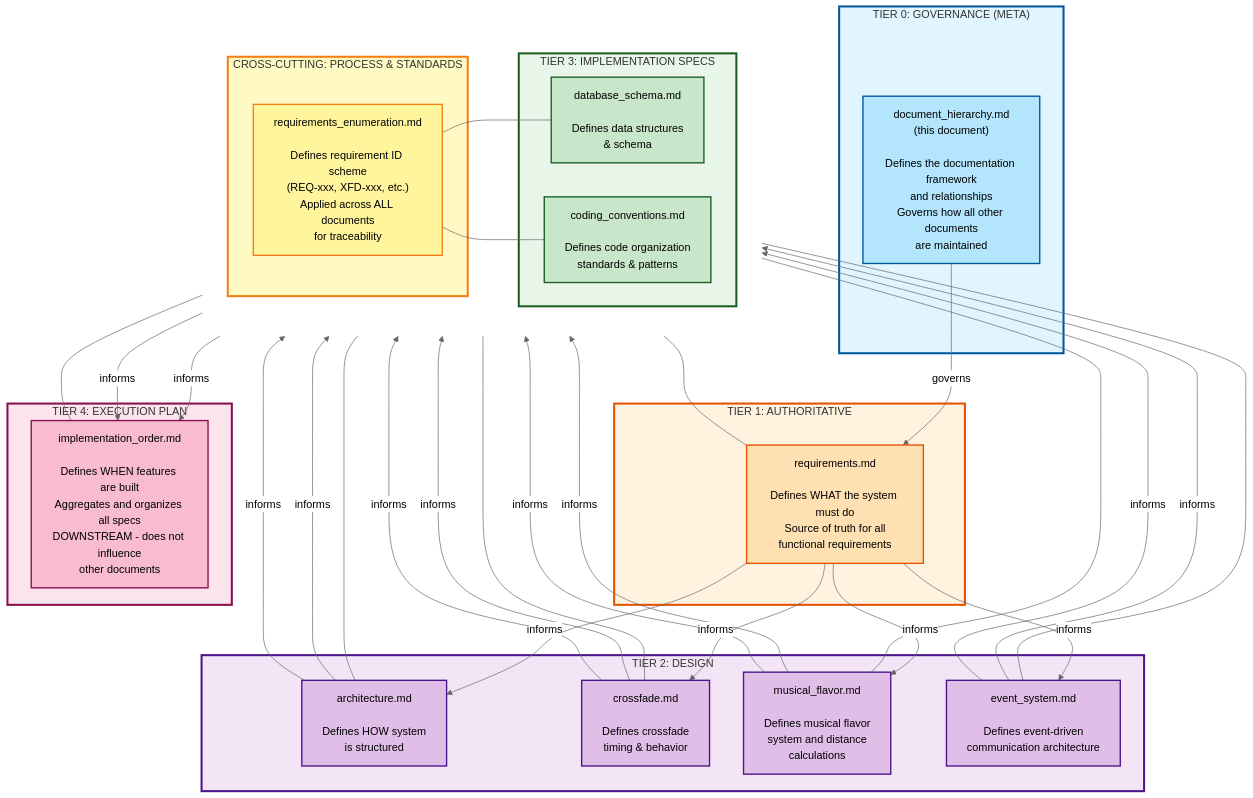
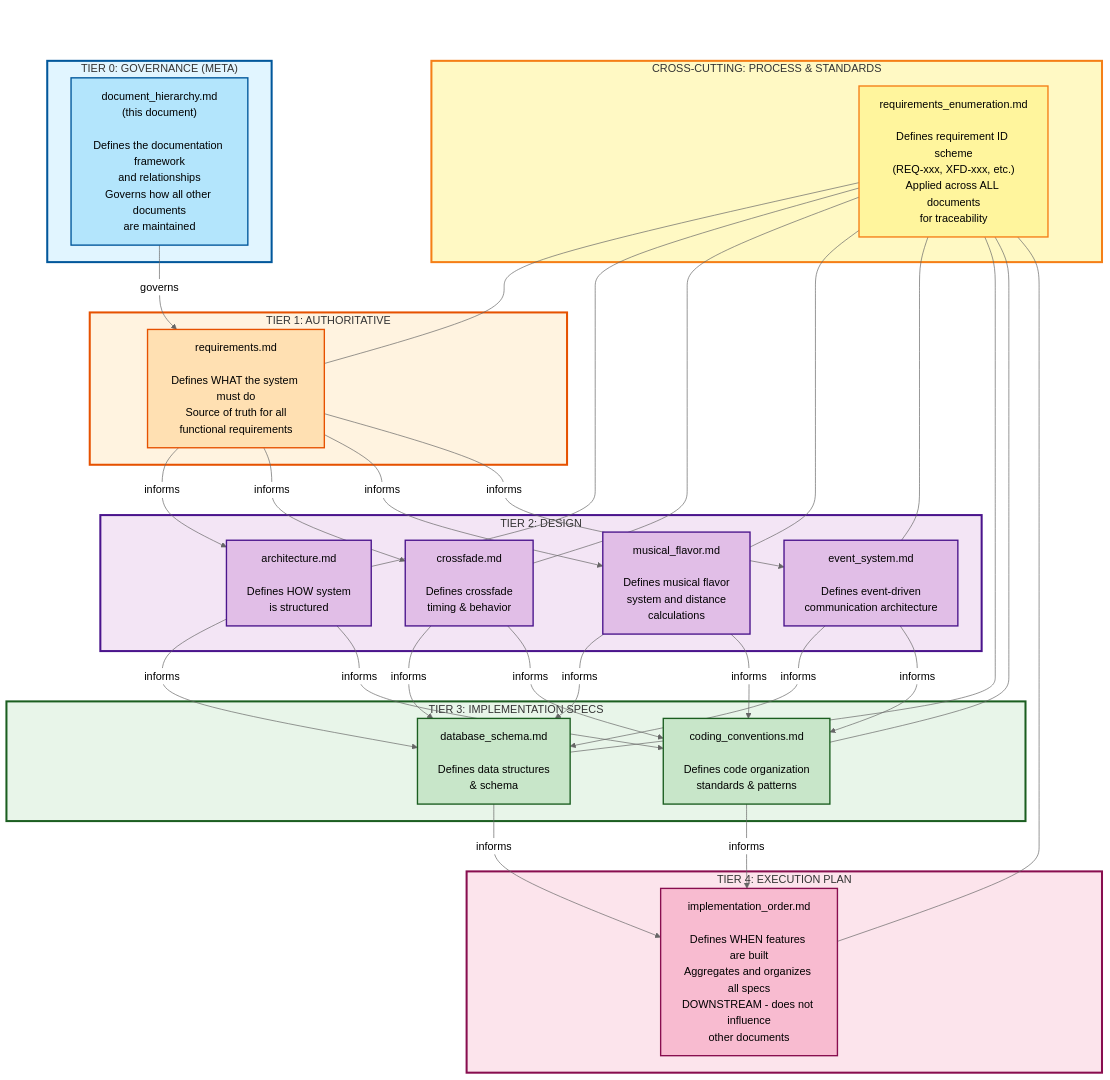
Before and after one commit to MangoCats/McRhythm: the diagram in document_hierarchy.md, drawn with Mermaid (neutral theme).

Commit message:
refine mermaid diagram

````diff
--- a/document_hierarchy.md
+++ b/document_hierarchy.md
@@ -21,59 +21,61 @@
 ```mermaid
 flowchart TD
     subgraph T0["TIER 0: GOVERNANCE (META)"]
         DH["document_hierarchy.md<br/>(this document)<br/><br/>Defines the documentation framework<br/>and relationships<br/>Governs how all other documents<br/>are maintained"]
     end
 
     subgraph T1["TIER 1: AUTHORITATIVE"]
         REQ["requirements.md<br/><br/>Defines WHAT the system must do<br/>Source of truth for all<br/>functional requirements"]
     end
 
     subgraph T2["TIER 2: DESIGN"]
         ARCH["architecture.md<br/><br/>Defines HOW system<br/>is structured"]
         XFD["crossfade.md<br/><br/>Defines crossfade<br/>timing & behavior"]
         FLV["musical_flavor.md<br/><br/>Defines musical flavor<br/>system and distance<br/>calculations"]
         EVT["event_system.md<br/><br/>Defines event-driven<br/>communication architecture"]
     end
 
-    subgraph ROW3[" "]
-        direction LR
-        subgraph T3["TIER 3: IMPLEMENTATION SPECS"]
-            DB["database_schema.md<br/><br/>Defines data structures<br/>& schema"]
-            CODE["coding_conventions.md<br/><br/>Defines code organization<br/>standards & patterns"]
-        end
+    T2_SPACER[" "]:::invisible
 
-        subgraph CC["CROSS-CUTTING: PROCESS & STANDARDS"]
-            ENUM["requirements_enumeration.md<br/><br/>Defines requirement ID scheme<br/>(REQ-xxx, XFD-xxx, etc.)<br/>Applied across ALL documents<br/>for traceability"]
-        end
+    subgraph T3["TIER 3: IMPLEMENTATION SPECS"]
+        DB["database_schema.md<br/><br/>Defines data structures<br/>& schema"]
+        CODE["coding_conventions.md<br/><br/>Defines code organization<br/>standards & patterns"]
+    end
+
+    subgraph CC["CROSS-CUTTING: PROCESS & STANDARDS"]
+        ENUM["requirements_enumeration.md<br/><br/>Defines requirement ID scheme<br/>(REQ-xxx, XFD-xxx, etc.)<br/>Applied across ALL documents<br/>for traceability"]
     end
 
     subgraph T4["TIER 4: EXECUTION PLAN"]
         IMPL["implementation_order.md<br/><br/>Defines WHEN features are built<br/>Aggregates and organizes all specs<br/>DOWNSTREAM - does not influence<br/>other documents"]
     end
 
     DH -->|governs| REQ
     REQ -->|informs| ARCH & XFD & FLV & EVT
+    T2_SPACER ~~~ T3
+    T2_SPACER ~~~ CC
     ARCH & XFD & FLV & EVT -->|informs| DB & CODE
     DB & CODE -->|informs| IMPL
 
     ENUM --- REQ & ARCH & XFD & FLV & EVT & DB & CODE & IMPL
 
     style T0 fill:#e1f5ff,stroke:#01579b,stroke-width:3px
     style T1 fill:#fff3e0,stroke:#e65100,stroke-width:3px
     style T2 fill:#f3e5f5,stroke:#4a148c,stroke-width:3px
     style T3 fill:#e8f5e9,stroke:#1b5e20,stroke-width:3px
     style CC fill:#fff9c4,stroke:#f57f17,stroke-width:3px
     style T4 fill:#fce4ec,stroke:#880e4f,stroke-width:3px
-    style ROW3 fill:none,stroke:none
 
     style DH fill:#b3e5fc,stroke:#01579b,stroke-width:2px
     style REQ fill:#ffe0b2,stroke:#e65100,stroke-width:2px
     style ARCH fill:#e1bee7,stroke:#4a148c,stroke-width:2px
     style XFD fill:#e1bee7,stroke:#4a148c,stroke-width:2px
     style FLV fill:#e1bee7,stroke:#4a148c,stroke-width:2px
     style EVT fill:#e1bee7,stroke:#4a148c,stroke-width:2px
     style ENUM fill:#fff59d,stroke:#f57f17,stroke-width:2px
     style DB fill:#c8e6c9,stroke:#1b5e20,stroke-width:2px
     style CODE fill:#c8e6c9,stroke:#1b5e20,stroke-width:2px
     style IMPL fill:#f8bbd0,stroke:#880e4f,stroke-width:2px
+
+    classDef invisible fill:none,stroke:none
 ```
````
